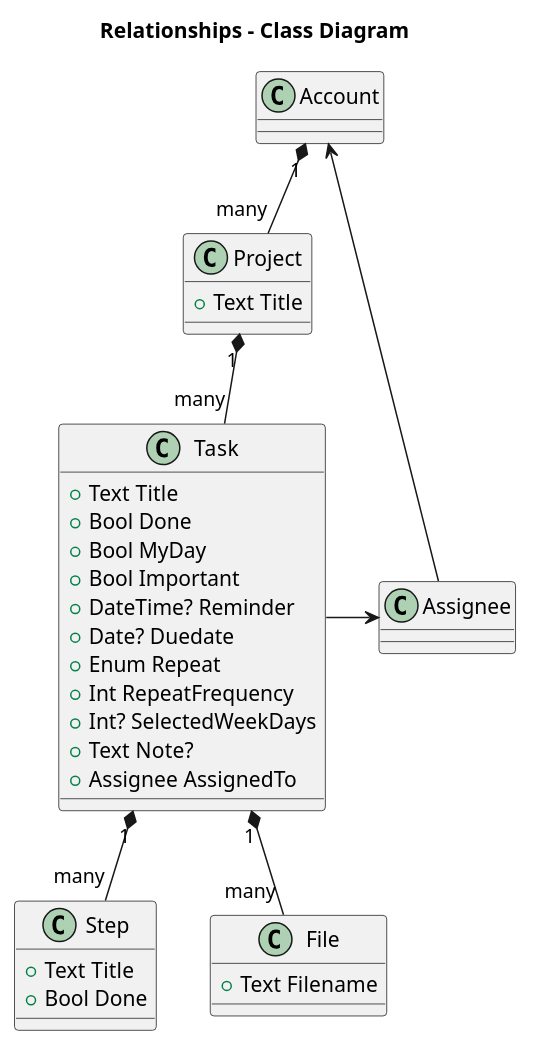
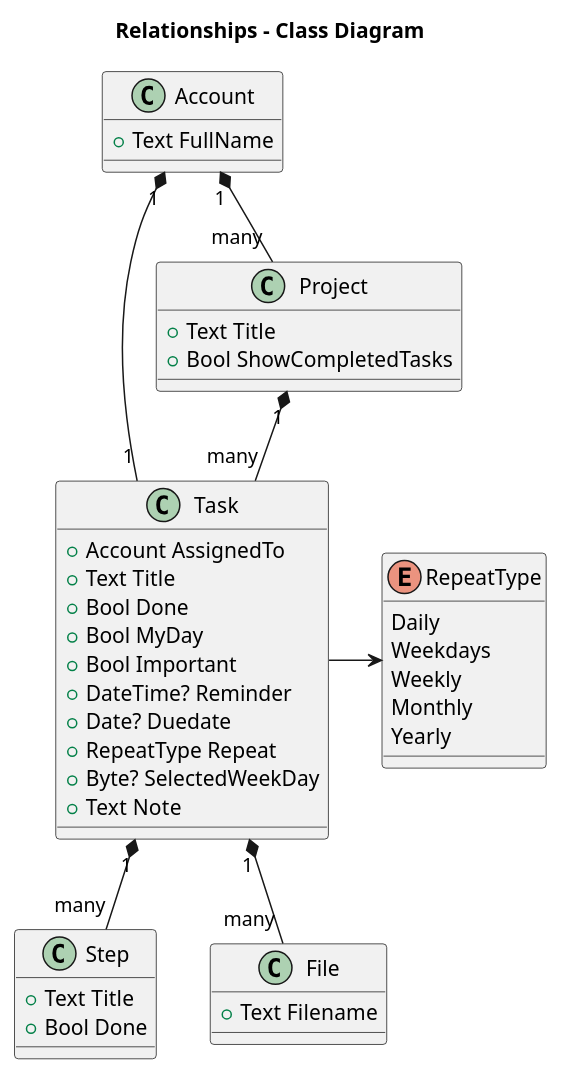
The diagram in Model/Model.puml (Task-Manager-Software/Documents), drawn with PlantUML before and after one commit.

Commit message:
some changes

```diff
--- a/Model/Model.puml
+++ b/Model/Model.puml
@@ -1,45 +1,50 @@
 @startuml
 title Relationships - Class Diagram
 
 class Account {
-    
+    +Text FullName    
 }
 
 class Project {
     +Text Title
+    +Bool ShowCompletedTasks
 }
 
 class Task {
+    +Account AssignedTo
     +Text Title
     +Bool Done
     +Bool MyDay
     +Bool Important
     +DateTime? Reminder
     +Date? Duedate
-    +Enum Repeat
-    +Int RepeatFrequency
-    +Int? SelectedWeekDays
-    +Text Note?
-    +Assignee AssignedTo
+    +RepeatType Repeat
+    +Byte? SelectedWeekDay
+    +Text Note
 }
 
-Class Step {
+class Step {
     +Text Title
     +Bool Done
 }
 
-Class File {
+class File {
     +Text Filename
 }
 
-Class Assignee {
+enum RepeatType{
+    Daily
+    Weekdays
+    Weekly
+    Monthly
+    Yearly
 }
 
 Account "1" *-down- "many" Project
-Assignee -up-> Account
 Project "1" *-down- "many" Task
+Account "1" *-down- "1" Task
 Task "1" *-down- "many" File
 Task "1" *-down- "many" Step
-Task -> Assignee
+Task -> RepeatType
 
 @enduml
```
